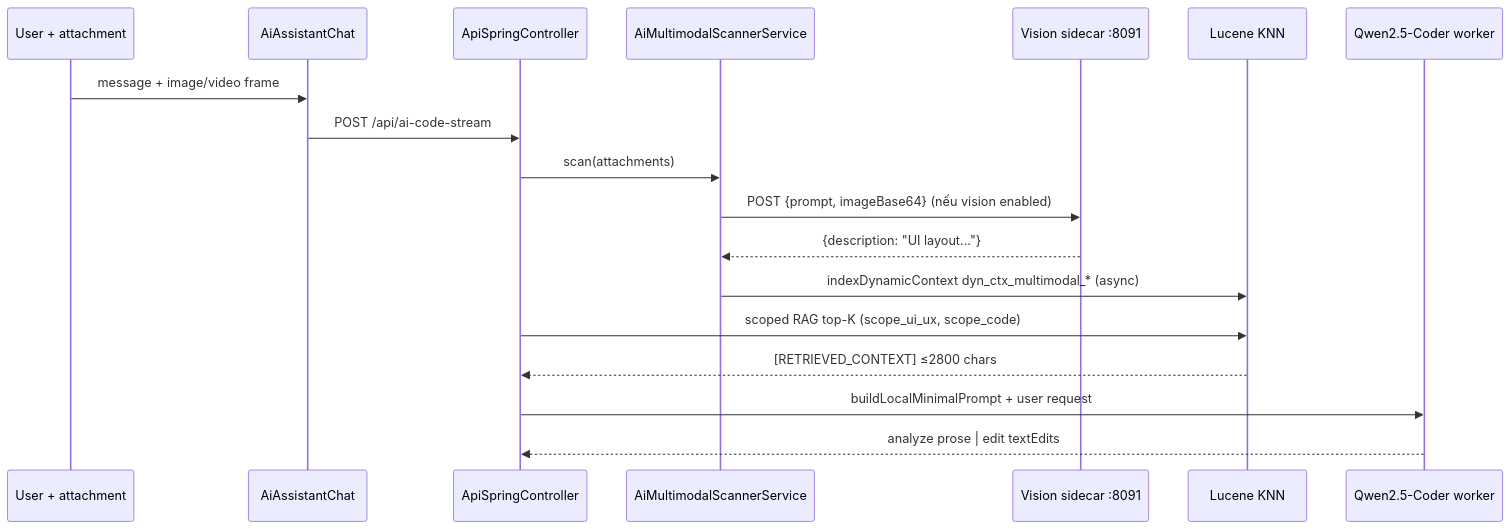
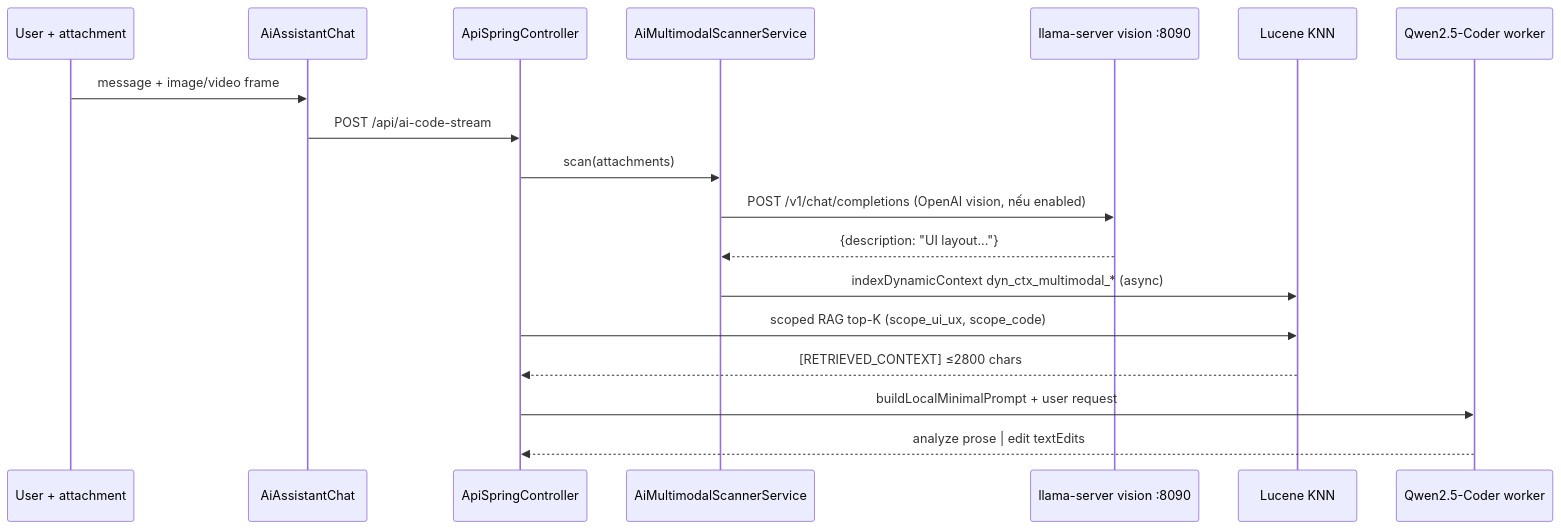
Before and after one commit to codsycorp/csm_java_react: the third of 14 diagrams in CSM_AI_LOCAL_CURSOR_MASTER_BRIEF.md, drawn with Mermaid. The commit also changed other lines of this file and 12 other files, not shown here.

First line of the commit message:
refactor: remove Python sidecars and call llama-server vision from Java

````diff
--- a/CSM_AI_LOCAL_CURSOR_MASTER_BRIEF.md
+++ b/CSM_AI_LOCAL_CURSOR_MASTER_BRIEF.md
@@ -1471,21 +1471,21 @@
 ```mermaid
 sequenceDiagram
     participant U as User + attachment
     participant FE as AiAssistantChat
     participant API as ApiSpringController
     participant S as AiMultimodalScannerService
-    participant V as Vision sidecar :8091
+    participant V as llama-server vision :8090
     participant L as Lucene KNN
     participant W as Qwen2.5-Coder worker
 
     U->>FE: message + image/video frame
     FE->>API: POST /api/ai-code-stream
     API->>S: scan(attachments)
-    S->>V: POST {prompt, imageBase64} (nếu vision enabled)
+    S->>V: POST /v1/chat/completions (OpenAI vision, nếu enabled)
     V-->>S: {description: "UI layout..."}
     S->>L: indexDynamicContext dyn_ctx_multimodal_* (async)
     API->>L: scoped RAG top-K (scope_ui_ux, scope_code)
     L-->>API: [RETRIEVED_CONTEXT] ≤2800 chars
     API->>W: buildLocalMinimalPrompt + user request
     W-->>API: analyze prose | edit textEdits
 ```
````
